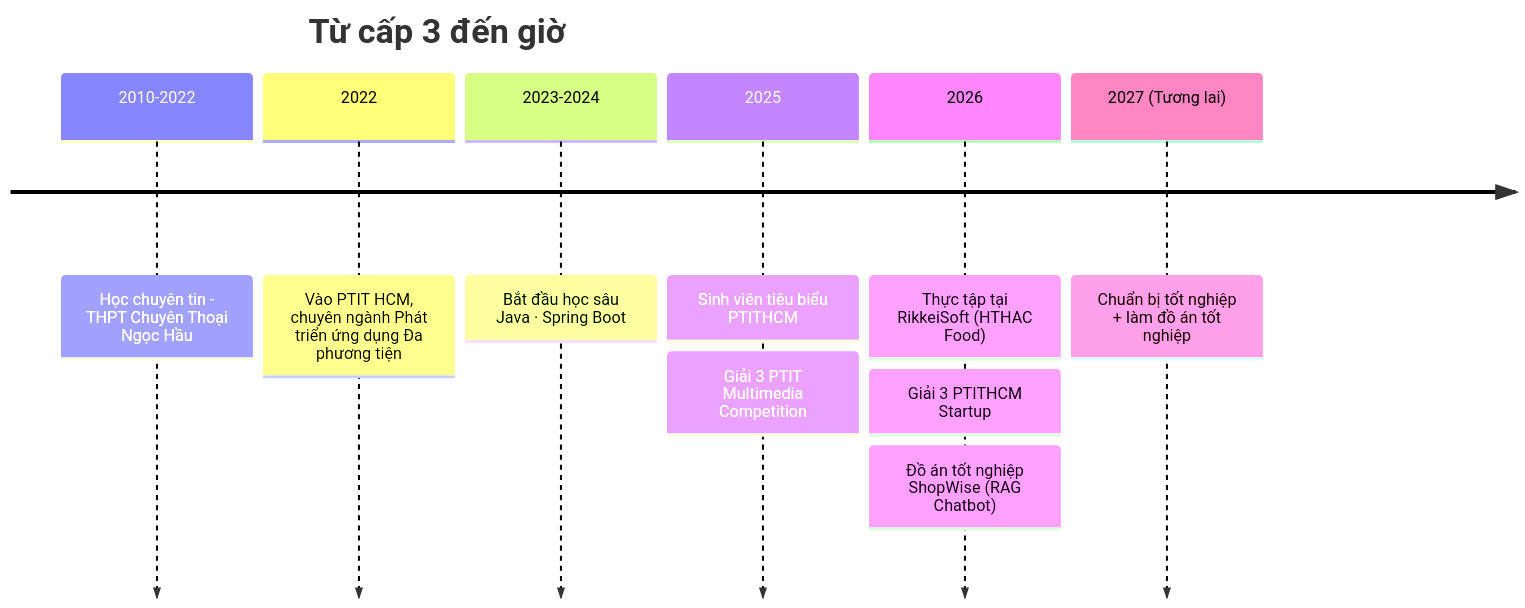
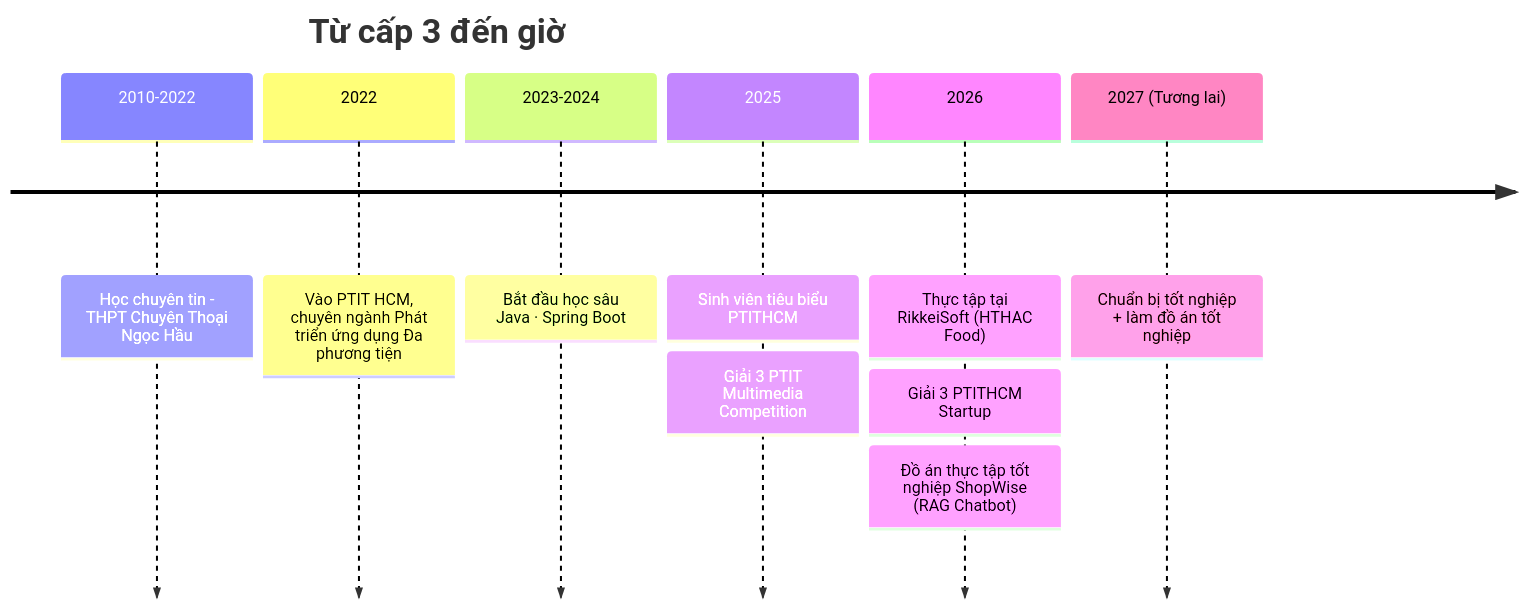
One commit to HaiTrieu186/HaiTrieu186 changed the diagram in README.md. Above: the diagram before and after it, drawn with Mermaid.

Commit message:
update readme v6

````diff
--- a/README.md
+++ b/README.md
@@ -250,13 +250,13 @@
 ```mermaid
 timeline
     title Từ cấp 3 đến giờ
     2010-2022: Học chuyên tin - THPT Chuyên Thoại Ngọc Hầu
     2022 : Vào PTIT HCM, chuyên ngành Phát triển ứng dụng Đa phương tiện
     2023-2024 : Bắt đầu học sâu Java · Spring Boot
     2025 : Sinh viên tiêu biểu PTITHCM
          : Giải 3 PTIT Multimedia Competition
     2026 : Thực tập tại RikkeiSoft (HTHAC Food)
          : Giải 3 PTITHCM Startup
-         : Đồ án tốt nghiệp ShopWise (RAG Chatbot)
+         : Đồ án thực tập tốt nghiệp ShopWise (RAG Chatbot)
     2027 (Tương lai) : Chuẩn bị tốt nghiệp + làm đồ án tốt nghiệp
 ```
````
